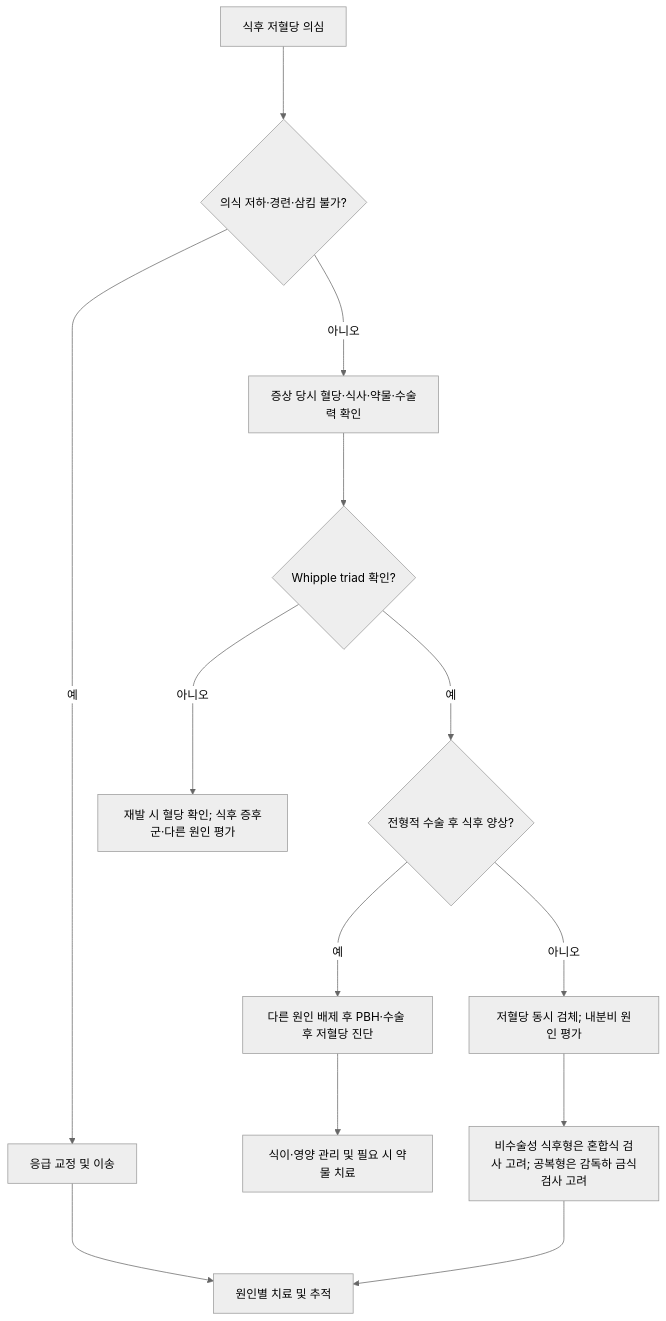
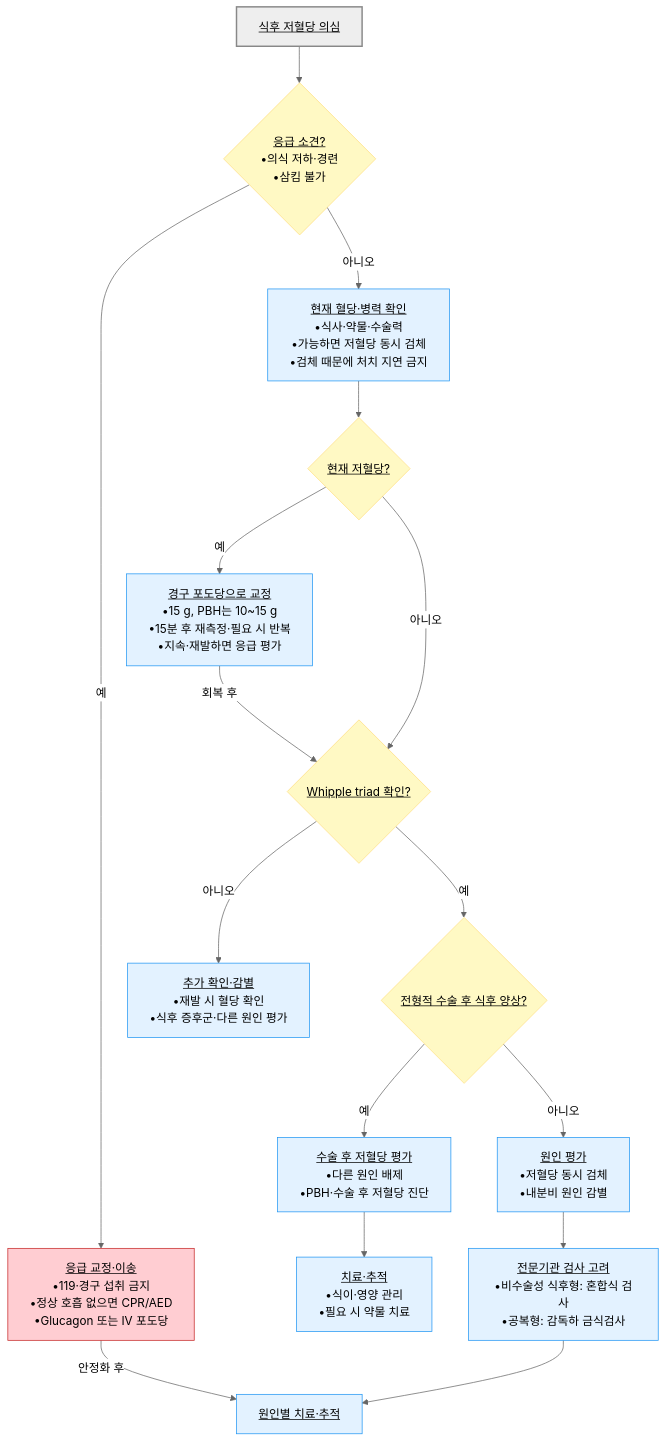
The diagram in 226_/104_1-reac-hypoglycemia.md (familyoh77/familyoh77), drawn with Mermaid (neutral theme) before and after one commit. The commit also changed other lines of this file and 9 other files, not shown here.

````diff
--- a/226_/104_1-reac-hypoglycemia.md
+++ b/226_/104_1-reac-hypoglycemia.md
@@ -90,15 +90,24 @@
 ```mermaid
 flowchart TD
-    A["식후 저혈당 의심"] ---> B{"의식 저하·경련·삼킴 불가?"}
-    B --->|예| C["응급 교정 및 이송"]
-    B --->|아니오| D["증상 당시 혈당·식사·약물·수술력 확인"]
-    D ---> E{"Whipple triad 확인?"}
-    E --->|아니오| F["재발 시 혈당 확인; 식후 증후군·다른 원인 평가"]
-    E --->|예| G{"전형적 수술 후 식후 양상?"}
-    G --->|예| H["다른 원인 배제 후 PBH·수술 후 저혈당 진단"]
-    G --->|아니오| I["저혈당 동시 검체; 내분비 원인 평가"]
-    I ---> J["비수술성 식후형은 혼합식 검사 고려; 공복형은 감독하 금식검사 고려"]
-    H ---> K["식이·영양 관리 및 필요 시 약물 치료"]
-    J ---> L["원인별 치료 및 추적"]
-    C ---> L
+    A["<u>식후 저혈당 의심</u>"] --> B{"<u>응급 소견?</u><br/>•의식 저하·경련<br/>•삼킴 불가"}
+    B -->|예| C["<u>응급 교정·이송</u><br/>•119·경구 섭취 금지<br/>•정상 호흡 없으면 CPR/AED<br/>•Glucagon 또는 IV 포도당"]
+    B -->|아니오| D["<u>현재 혈당·병력 확인</u><br/>•식사·약물·수술력<br/>•가능하면 저혈당 동시 검체<br/>•검체 때문에 처치 지연 금지"]
+    D --> X{"<u>현재 저혈당?</u>"}
+    X -->|예| Y["<u>경구 포도당으로 교정</u><br/>•15 g, PBH는 10~15 g<br/>•15분 후 재측정·필요 시 반복<br/>•지속·재발하면 응급 평가"]
+    X -->|아니오| E{"<u>Whipple triad 확인?</u>"}
+    Y -->|회복 후| E
+    E -->|아니오| F["<u>추가 확인·감별</u><br/>•재발 시 혈당 확인<br/>•식후 증후군·다른 원인 평가"]
+    E -->|예| G{"<u>전형적 수술 후 식후 양상?</u>"}
+    G -->|예| H["<u>수술 후 저혈당 평가</u><br/>•다른 원인 배제<br/>•PBH·수술 후 저혈당 진단"]
+    G -->|아니오| I["<u>원인 평가</u><br/>•저혈당 동시 검체<br/>•내분비 원인 감별"]
+    I --> J["<u>전문기관 검사 고려</u><br/>•비수술성 식후형: 혼합식 검사<br/>•공복형: 감독하 금식검사"]
+    H --> K["<u>치료·추적</u><br/>•식이·영양 관리<br/>•필요 시 약물 치료"]
+    J --> L["<u>원인별 치료·추적</u>"]
+    C -->|안정화 후| L
+    style A fill:#eeeeee,stroke:#888888,stroke-width:2px
+    classDef question fill:#fff9c4,stroke:#ffe082
+    class B,X,E,G question
+    style C fill:#ffcdd2,stroke:#c62828
+    classDef treatment fill:#e3f2ff,stroke:#2196f3
+    class D,Y,F,H,I,J,K,L treatment
 ```
````
